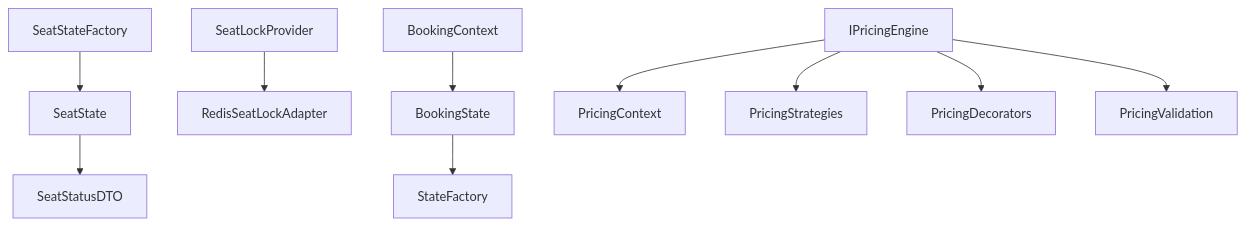
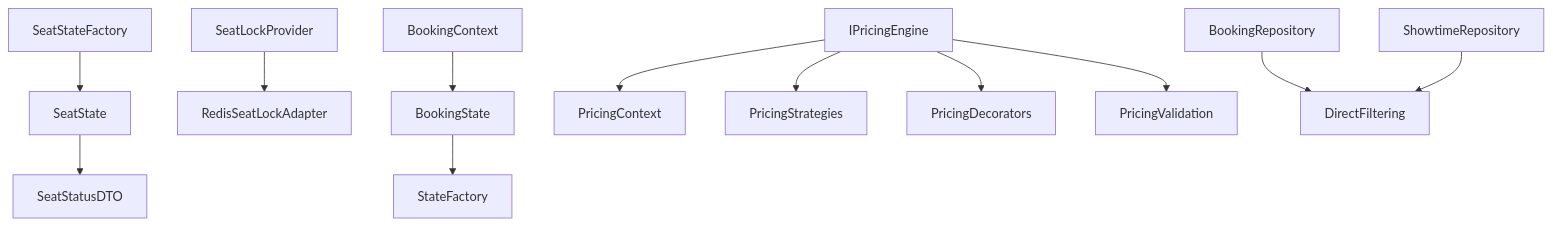
Diagram 12 of 12 in .qoder/repowiki/en/content/Backend Development/Service Layer Implementation/Core Business Services/Booking Service.md (anhtudayne/Design_Pattern), drawn with Mermaid before and after one commit. The commit also changed other lines of this file and 10 other files, not shown here.

````diff
--- a/.qoder/repowiki/en/content/Backend Development/Service Layer Implementation/Core Business Services/Booking Service.md
+++ b/.qoder/repowiki/en/content/Backend Development/Service Layer Implementation/Core Business Services/Booking Service.md
@@ -619,12 +667,14 @@
 ```mermaid
 graph TB
 SeatState --> SeatStatusDTO
 SeatStateFactory --> SeatState
 SeatLockProvider --> RedisSeatLockAdapter
 BookingContext --> BookingState
 BookingState --> StateFactory
 IPricingEngine --> PricingContext
 IPricingEngine --> PricingStrategies
 IPricingEngine --> PricingDecorators
 IPricingEngine --> PricingValidation
+BookingRepository --> DirectFiltering
+ShowtimeRepository --> DirectFiltering
 ```
````
